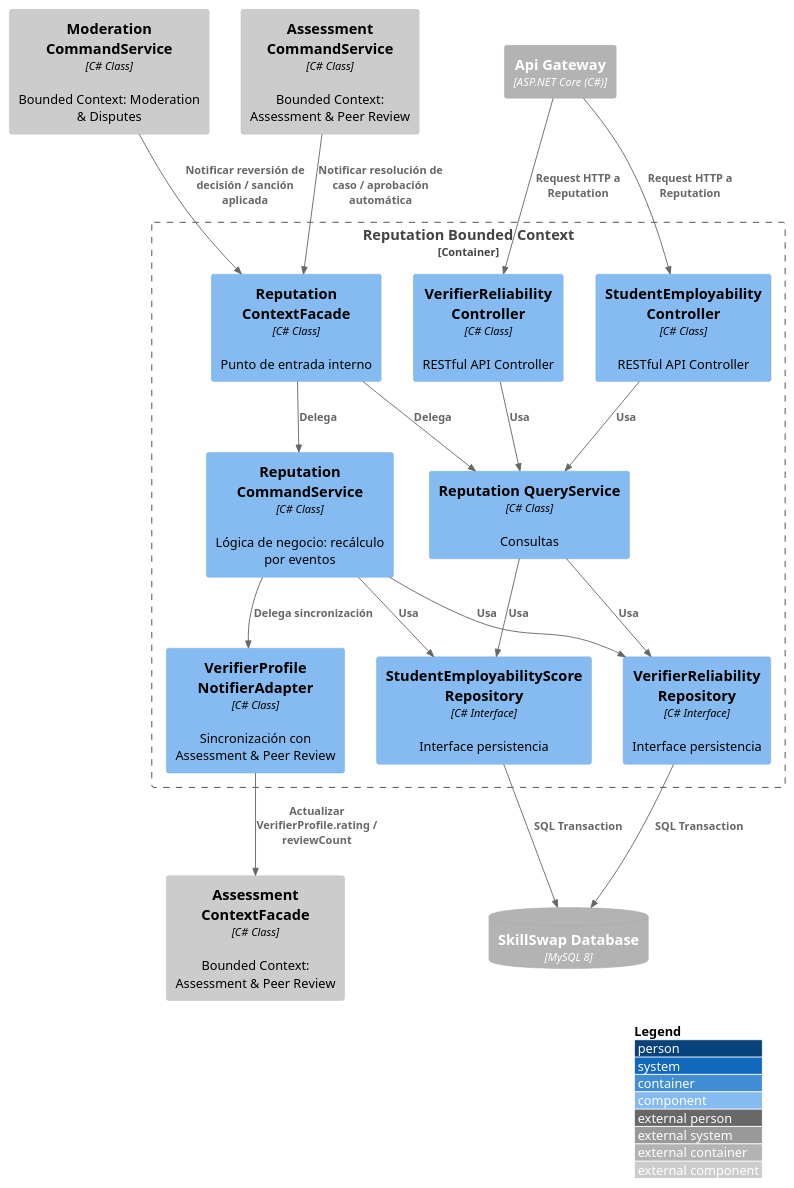
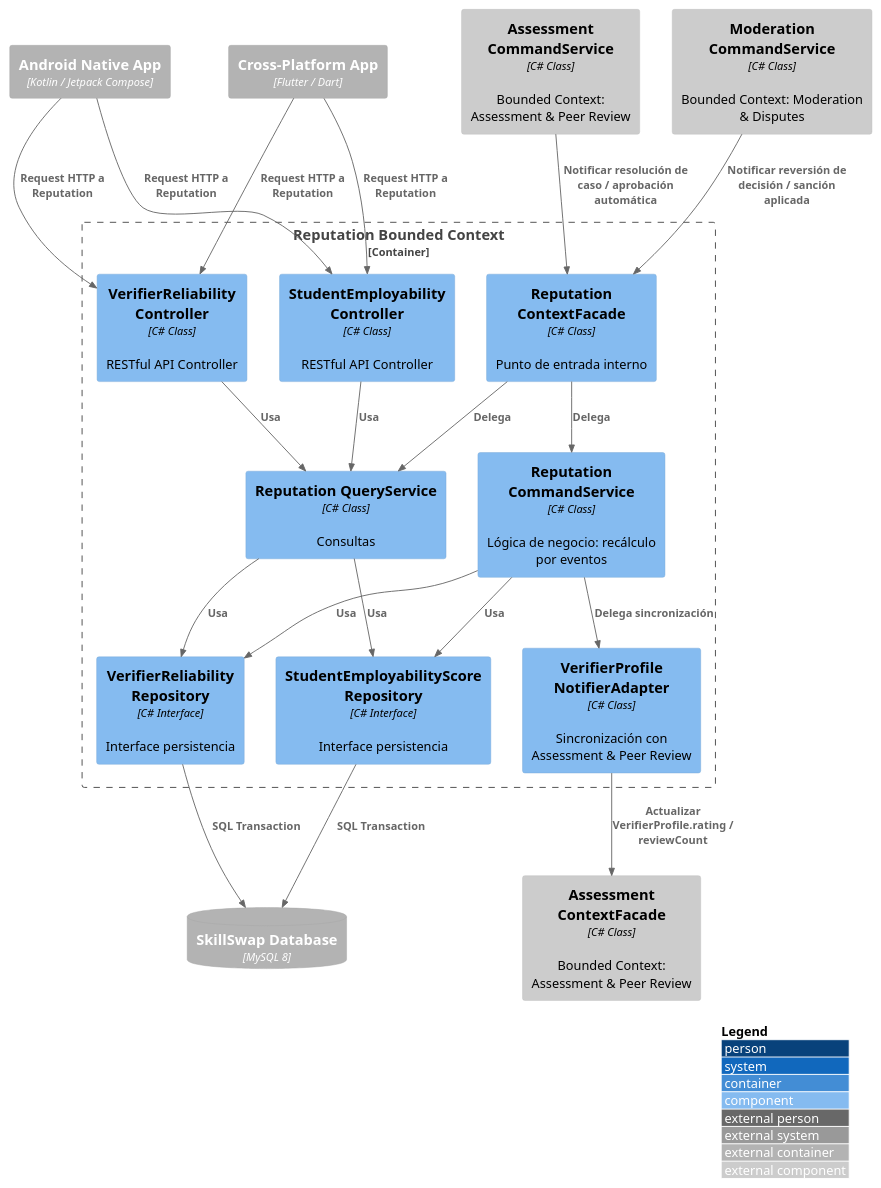
The diagram in DB&C4/Component Diagram — Reputation.puml (Aplicaciones-Dispositivos-Moviles/SkillSwap-ProjectReport), drawn with PlantUML before and after one commit. The commit also changed 20 other files, not shown here.

Commit message:
docs: modify C4 architecture diagrams per professor request

```diff
--- a/DB&C4/Component Diagram — Reputation.puml
+++ b/DB&C4/Component Diagram — Reputation.puml
@@ -1,45 +1,49 @@
 @startuml ReputationComponent
 !include https://raw.githubusercontent.com/plantuml-stdlib/C4-PlantUML/master/C4_Component.puml
 
 LAYOUT_WITH_LEGEND()
 
-Container_Ext(apiGateway, "Api Gateway", "ASP.NET Core (C#)")
+Container_Ext(androidApp, "Android Native App", "Kotlin / Jetpack Compose")
+Container_Ext(flutterApp, "Cross-Platform App", "Flutter / Dart")
 ContainerDb_Ext(mainDB, "SkillSwap Database", "MySQL 8")
 
 Container_Boundary(reputationBC, "Reputation Bounded Context") {
     Component(verifierReliabilityController, "VerifierReliability Controller", "C# Class", "RESTful API Controller")
     Component(studentEmployabilityController, "StudentEmployability Controller", "C# Class", "RESTful API Controller")
     Component(reputationCommandService, "Reputation CommandService", "C# Class", "Lógica de negocio: recálculo por eventos")
     Component(reputationQueryService, "Reputation QueryService", "C# Class", "Consultas")
     Component(verifierReliabilityRepository, "VerifierReliability Repository", "C# Interface", "Interface persistencia")
     Component(studentEmployabilityRepository, "StudentEmployabilityScore Repository", "C# Interface", "Interface persistencia")
     Component(verifierProfileNotifierExternal, "VerifierProfile NotifierAdapter", "C# Class", "Sincronización con Assessment & Peer Review")
     Component(reputationContextFacade, "Reputation ContextFacade", "C# Class", "Punto de entrada interno")
 }
 
 Component_Ext(assessmentContextFacade, "Assessment ContextFacade", "C# Class", "Bounded Context: Assessment & Peer Review")
 Component_Ext(assessmentCommandService, "Assessment CommandService", "C# Class", "Bounded Context: Assessment & Peer Review")
 Component_Ext(moderationCommandService, "Moderation CommandService", "C# Class", "Bounded Context: Moderation & Disputes")
 
-Rel(apiGateway, verifierReliabilityController, "Request HTTP a Reputation")
-Rel(apiGateway, studentEmployabilityController, "Request HTTP a Reputation")
+Rel(androidApp, verifierReliabilityController, "Request HTTP a Reputation")
+Rel(flutterApp, verifierReliabilityController, "Request HTTP a Reputation")
+Rel(androidApp, studentEmployabilityController, "Request HTTP a Reputation")
+Rel(flutterApp, studentEmployabilityController, "Request HTTP a Reputation")
+
 Rel(verifierReliabilityController, reputationQueryService, "Usa")
 Rel(studentEmployabilityController, reputationQueryService, "Usa")
 
 Rel(reputationCommandService, verifierReliabilityRepository, "Usa")
 Rel(reputationCommandService, studentEmployabilityRepository, "Usa")
 Rel(reputationQueryService, verifierReliabilityRepository, "Usa")
 Rel(reputationQueryService, studentEmployabilityRepository, "Usa")
 Rel(verifierReliabilityRepository, mainDB, "SQL Transaction")
 Rel(studentEmployabilityRepository, mainDB, "SQL Transaction")
 
 Rel(reputationCommandService, verifierProfileNotifierExternal, "Delega sincronización")
 Rel(verifierProfileNotifierExternal, assessmentContextFacade, "Actualizar VerifierProfile.rating / reviewCount")
 
 Rel(reputationContextFacade, reputationCommandService, "Delega")
 Rel(reputationContextFacade, reputationQueryService, "Delega")
 
 Rel(assessmentCommandService, reputationContextFacade, "Notificar resolución de caso / aprobación automática")
 Rel(moderationCommandService, reputationContextFacade, "Notificar reversión de decisión / sanción aplicada")
 
 @enduml
```
